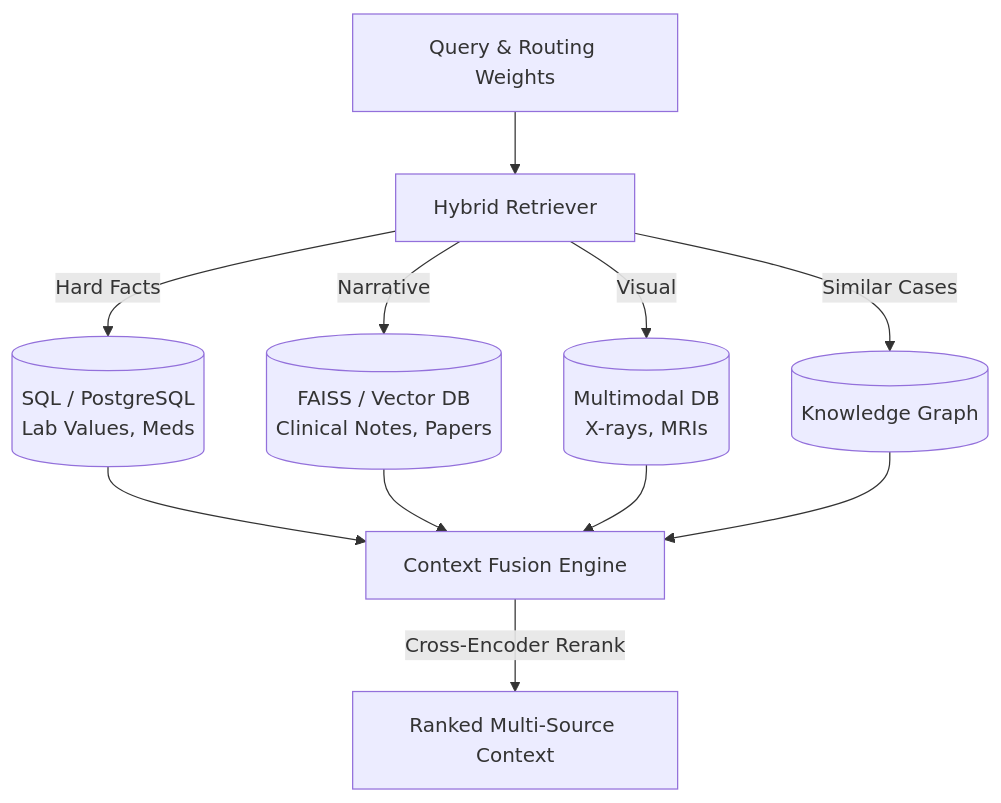
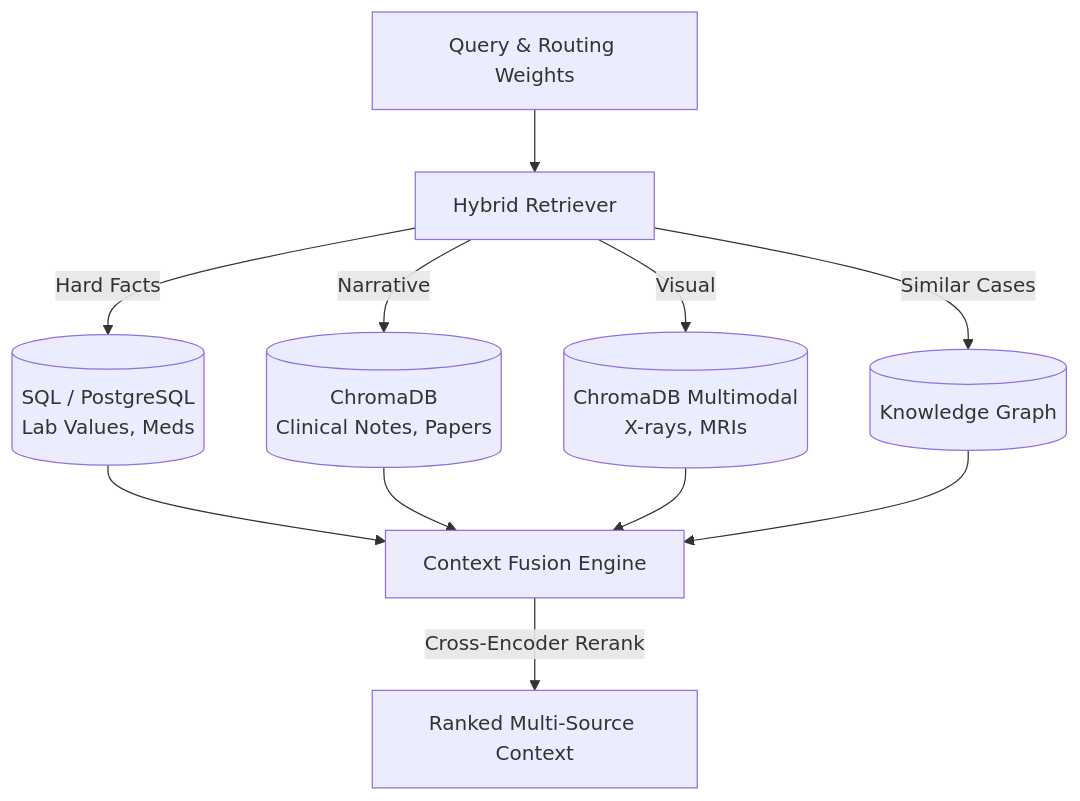
The fourth of 5 diagrams in README.md (SanskarG-20/Medical-RAG), drawn with Mermaid before and after one commit. The commit also changed other lines of this file, not shown here.

First line of the commit message:
docs: update README with ChromaDB architecture, OCR pipeline, and technology table

````diff
--- a/README.md
+++ b/README.md
@@ -87,17 +92,17 @@
 ```mermaid
 graph TD
     %% Hybrid Retrieval
     Router[Query & Routing Weights] --> HR[Hybrid Retriever]
     
     HR --> |Hard Facts| SQL[("SQL / PostgreSQL<br>Lab Values, Meds")]
-    HR --> |Narrative| Vec[("FAISS / Vector DB<br>Clinical Notes, Papers")]
-    HR --> |Visual| Multimodal[("Multimodal DB<br>X-rays, MRIs")]
+    HR --> |Narrative| Vec[("ChromaDB<br>Clinical Notes, Papers")]
+    HR --> |Visual| Multimodal[("ChromaDB Multimodal<br>X-rays, MRIs")]
     HR --> |Similar Cases| Graph[("Knowledge Graph")]
 
     SQL --> Fusion[Context Fusion Engine]
     Vec --> Fusion
     Multimodal --> Fusion
     Graph --> Fusion
     
     Fusion --> |Cross-Encoder Rerank| FinalContext[Ranked Multi-Source Context]
 ```
````
